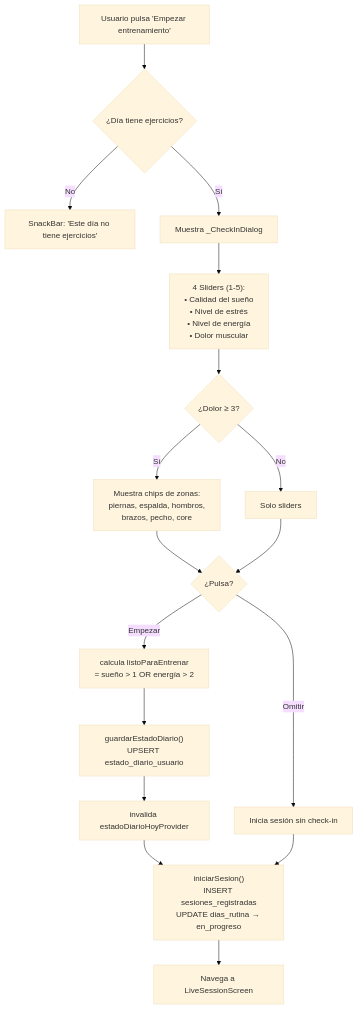
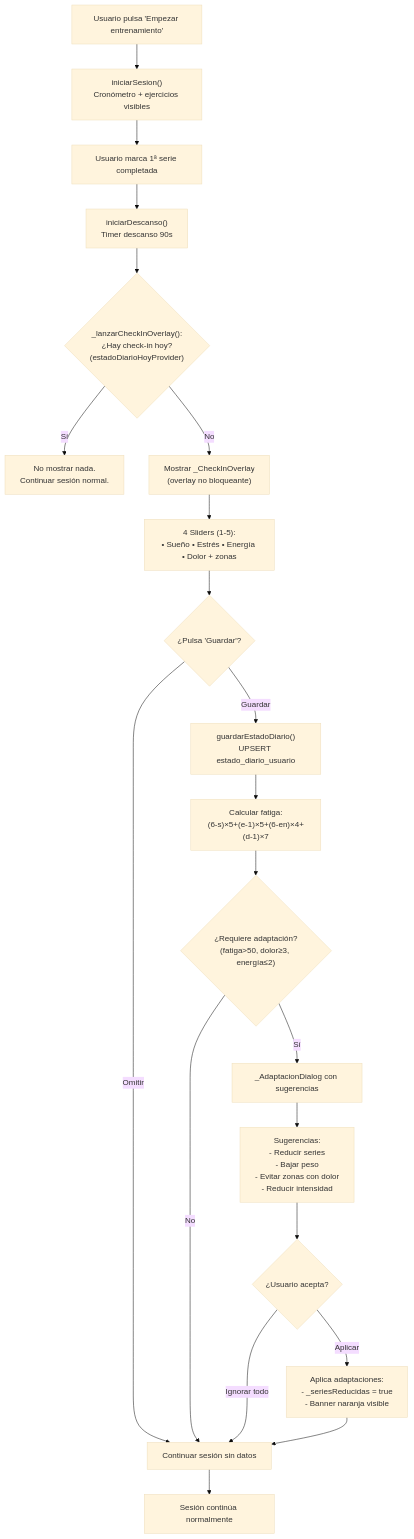
The third of 4 diagrams in docs/06-frontend.md (Jloen1999/synaptixfit), drawn with Mermaid (base theme) before and after one commit. The commit also changed other lines of this file and 7 other files, not shown here.

Commit message:
fix: [Bienestar] Trigger cascada dias->semanas, botón completar rutina, revertir día al modificar ejercicios, carga reactiva de nombres y eliminar check-in molesto

````diff
--- a/docs/06-frontend.md
+++ b/docs/06-frontend.md
@@ -264,25 +524,31 @@
 ```mermaid
 flowchart TD
-    A["Usuario pulsa 'Empezar entrenamiento'"] --> B{"¿Día tiene ejercicios?"}
-    B -->|No| C["SnackBar: 'Este día no tiene ejercicios'"]
-    B -->|Sí| D["Muestra _CheckInDialog"]
+    A["Usuario pulsa 'Empezar entrenamiento'"] --> B["iniciarSesion()\nCronómetro + ejercicios visibles"]
 
-    D --> E["4 Sliders (1-5):\n• Calidad del sueño\n• Nivel de estrés\n• Nivel de energía\n• Dolor muscular"]
+    B --> C["Usuario marca 1ª serie completada"]
+    C --> D["iniciarDescanso()\nTimer descanso 90s"]
 
-    E --> F{"¿Dolor ≥ 3?"}
-    F -->|Sí| G["Muestra chips de zonas:\npiernas, espalda, hombros,\nbrazos, pecho, core"]
-    F -->|No| H["Solo sliders"]
+    D --> E{"_lanzarCheckInOverlay():\n¿Hay check-in hoy?\n(estadoDiarioHoyProvider)"}
+    E -->|Sí| F["No mostrar nada.\nContinuar sesión normal."]
+    E -->|No| G["Mostrar _CheckInOverlay\n(overlay no bloqueante)"]
 
-    G --> I{"¿Pulsa?"}
-    H --> I
+    G --> H["4 Sliders (1-5):\n• Sueño • Estrés • Energía • Dolor + zonas"]
 
-    I -->|"Empezar"| J["calcula listoParaEntrenar\n= sueño > 1 OR energía > 2"]
-    I -->|"Omitir"| K["Inicia sesión sin check-in"]
+    H --> I{"¿Pulsa 'Guardar'?"}
+    I -->|"Omitir"| J["Continuar sesión sin datos"]
+    I -->|"Guardar"| K["guardarEstadoDiario()\nUPSERT estado_diario_usuario"]
 
-    J --> L["guardarEstadoDiario()\nUPSERT estado_diario_usuario"]
-    L --> M["invalida estadoDiarioHoyProvider"]
-    M --> N["iniciarSesion()\nINSERT sesiones_registradas\nUPDATE dias_rutina → en_progreso"]
+    K --> L["Calcular fatiga:\n(6-s)×5+(e-1)×5+(6-en)×4+(d-1)×7"]
 
-    K --> N
-    N --> O["Navega a LiveSessionScreen"]
+    L --> M{"¿Requiere adaptación?\n(fatiga>50, dolor≥3, energía≤2)"}
+    M -->|Sí| N["_AdaptacionDialog con sugerencias"]
+    M -->|No| J
+
+    N --> O["Sugerencias:\n- Reducir series\n- Bajar peso\n- Evitar zonas con dolor\n- Reducir intensidad"]
+    O --> P{"¿Usuario acepta?"}
+    P -->|"Ignorar todo"| J
+    P -->|"Aplicar"| Q["Aplica adaptaciones:\n- _seriesReducidas = true\n- Banner naranja visible"]
+
+    Q --> J
+    J --> R["Sesión continúa normalmente"]
 ```
````
